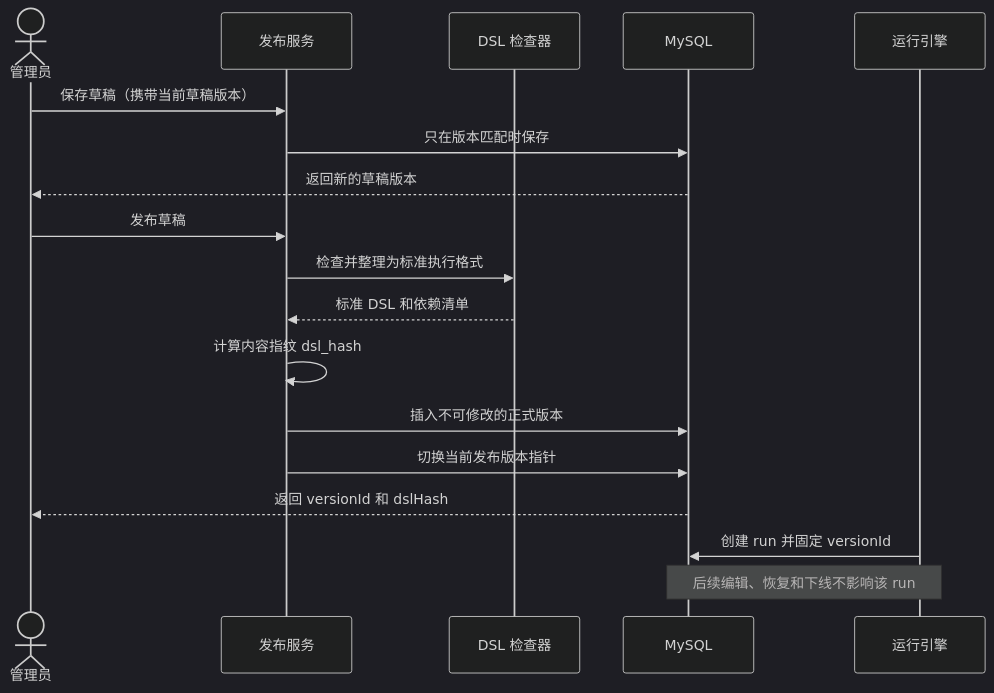
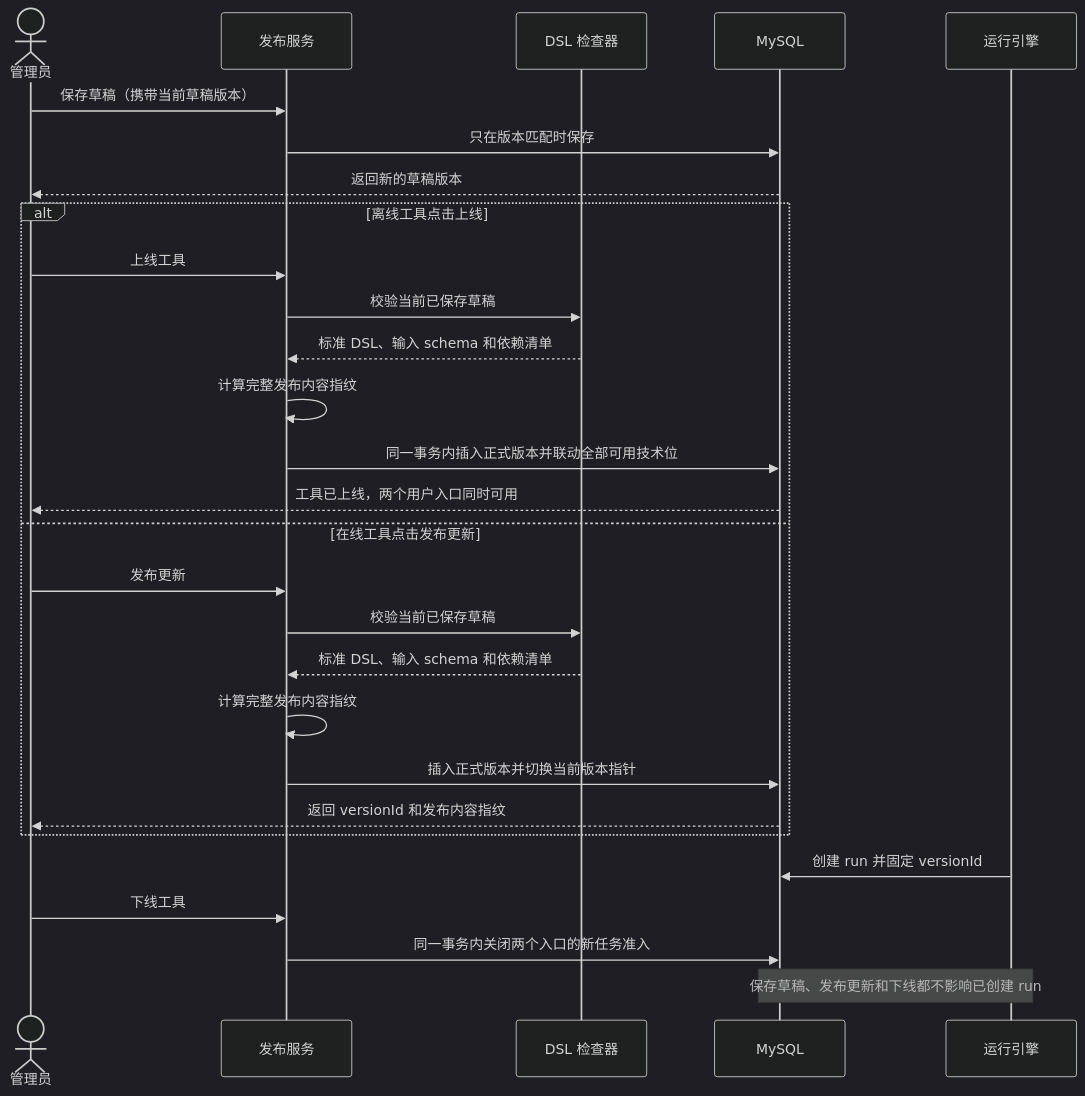
Before and after one commit to LancyPluto/update_aiworkspace: the fourth of 11 diagrams in docs/superpowers/specs/2026-07-13-workflow-tools-p0-v2-design.md, drawn with Mermaid (dark theme). The commit also changed other lines of this file and 23 other files, not shown here.

Commit message:
fix:修复工具专用配置和通用图片配置同名冲突问题

````diff
--- a/docs/superpowers/specs/2026-07-13-workflow-tools-p0-v2-design.md
+++ b/docs/superpowers/specs/2026-07-13-workflow-tools-p0-v2-design.md
@@ -196,23 +206,33 @@
 ```mermaid
 sequenceDiagram
   actor Admin as 管理员
   participant API as 发布服务
   participant Validator as DSL 检查器
   participant DB as MySQL
   participant Runner as 运行引擎
 
   Admin->>API: 保存草稿（携带当前草稿版本）
   API->>DB: 只在版本匹配时保存
   DB-->>Admin: 返回新的草稿版本
 
-  Admin->>API: 发布草稿
-  API->>Validator: 检查并整理为标准执行格式
-  Validator-->>API: 标准 DSL 和依赖清单
-  API->>API: 计算内容指纹 dsl_hash
-  API->>DB: 插入不可修改的正式版本
-  API->>DB: 切换当前发布版本指针
-  DB-->>Admin: 返回 versionId 和 dslHash
+  alt 离线工具点击上线
+    Admin->>API: 上线工具
+    API->>Validator: 校验当前已保存草稿
+    Validator-->>API: 标准 DSL、输入 schema 和依赖清单
+    API->>API: 计算完整发布内容指纹
+    API->>DB: 同一事务内插入正式版本并联动全部可用技术位
+    DB-->>Admin: 工具已上线，两个用户入口同时可用
+  else 在线工具点击发布更新
+    Admin->>API: 发布更新
+    API->>Validator: 校验当前已保存草稿
+    Validator-->>API: 标准 DSL、输入 schema 和依赖清单
+    API->>API: 计算完整发布内容指纹
+    API->>DB: 插入正式版本并切换当前版本指针
+    DB-->>Admin: 返回 versionId 和发布内容指纹
+  end
 
   Runner->>DB: 创建 run 并固定 versionId
-  Note over Runner,DB: 后续编辑、恢复和下线不影响该 run
+  Admin->>API: 下线工具
+  API->>DB: 同一事务内关闭两个入口的新任务准入
+  Note over Runner,DB: 保存草稿、发布更新和下线都不影响已创建 run
 ```
````
